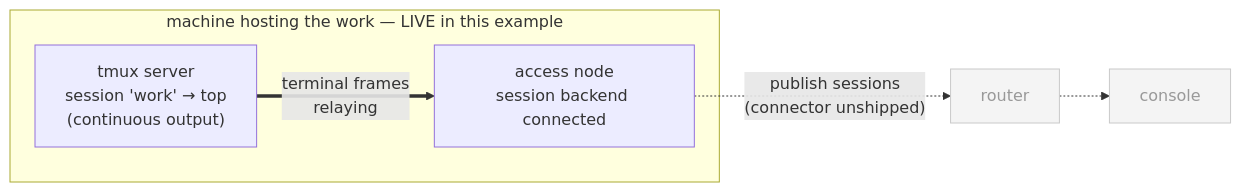
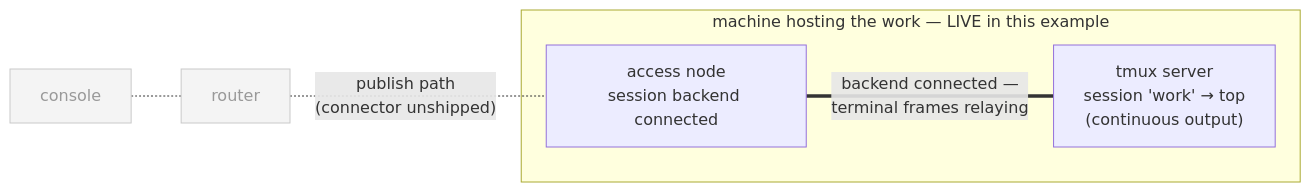
Before and after one commit to ArcavenAE/switchboard-blue: the first of 3 diagrams in examples/03-tmux-access-node/README.md, drawn with Mermaid. The commit also changed 8 other files, not shown here.

First line of the commit message:
docs(diagrams): orient flows initiator-left — keystrokes lead, output returns

````diff
--- a/examples/03-tmux-access-node/README.md
+++ b/examples/03-tmux-access-node/README.md
@@ -18,12 +18,12 @@
 ```mermaid
 graph LR
+    CN["console"] -.- R["router"]
+    R -. "publish path<br/>(connector unshipped)" .- AN
     subgraph work["machine hosting the work — LIVE in this example"]
+        AN["access node<br/>session backend connected"]
         TM["tmux server<br/>session 'work' → top<br/>(continuous output)"]
-        AN["access node<br/>session backend connected"]
-        TM == "terminal frames<br/>relaying" ==> AN
+        AN == "backend connected —<br/>terminal frames relaying" === TM
     end
-    AN -. "publish sessions<br/>(connector unshipped)" .-> R["router"]
-    R -.-> CN["console"]
     classDef dim fill:#f4f4f4,stroke:#c9c9c9,color:#999999
     class R,CN dim
 ```
````
